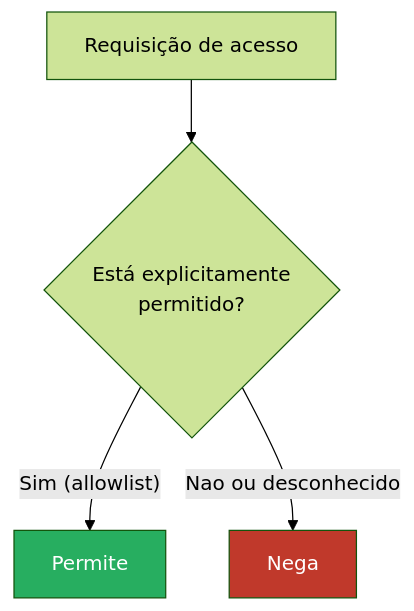
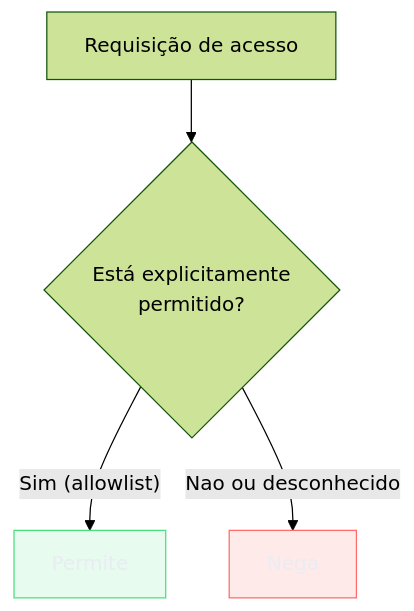
The second of 7 diagrams in 03-Dominios/Engenharia/Segurança/04 - Princípios de design seguro.md (josenaldo/codex-technomanticus), drawn with Mermaid (forest theme) before and after one commit. The commit also changed other lines of this file and 1181 other files, not shown here.

First line of the commit message:
fix(diagramas): paleta do sistema no lugar de cor cravada no markdown

````diff
--- a/03-Dominios/Engenharia/Segurança/04 - Princípios de design seguro.md
+++ b/03-Dominios/Engenharia/Segurança/04 - Princípios de design seguro.md
@@ -81,14 +81,16 @@
 ```mermaid
 flowchart TD
+    classDef falha fill:#FF6B6B24,stroke:#FF6B6B,color:#E9ECF2
+    classDef ok fill:#4ADE8021,stroke:#4ADE80,color:#E9ECF2
     R["Requisição de acesso"]
     Q{"Está explicitamente\npermitido?"}
     A["Permite"]
     D["Nega"]
 
     R --> Q
     Q -->|"Sim (allowlist)"| A
     Q -->|"Nao ou desconhecido"| D
 
-    style D fill:#c0392b,color:#fff
-    style A fill:#27ae60,color:#fff
+    class D falha
+    class A ok
 ```
````
